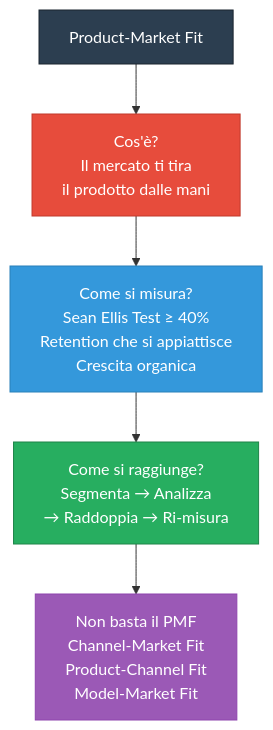
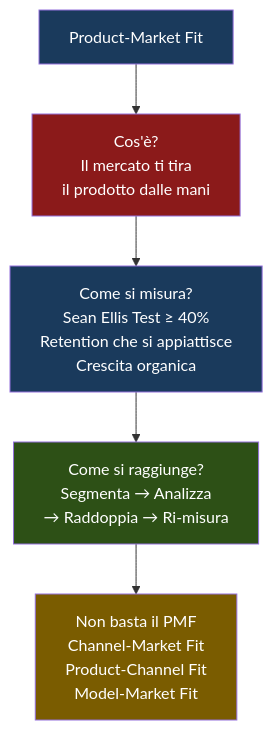
Before and after one commit to AndreyBertasini/gynnitech: the fifth of 5 diagrams in src/content/corso/analisi-prodotto/product-market-fit.mdx, drawn with Mermaid. The commit also changed other lines of this file and 21 other files, not shown here.

First line of the commit message:
style: applica color scheme semantico a tutti i diagrammi Mermaid del corso

````diff
--- a/src/content/corso/analisi-prodotto/product-market-fit.mdx
+++ b/src/content/corso/analisi-prodotto/product-market-fit.mdx
@@ -230,12 +243,12 @@
 ```mermaid
 graph TD
     START["Product-Market Fit"] --> WHAT["Cos'è?\nIl mercato ti tira\nil prodotto dalle mani"]
     WHAT --> MEASURE["Come si misura?\nSean Ellis Test ≥ 40%\nRetention che si appiattisce\nCrescita organica"]
     MEASURE --> PROCESS["Come si raggiunge?\nSegmenta → Analizza\n→ Raddoppia → Ri-misura"]
     PROCESS --> BEYOND["Non basta il PMF\nChannel-Market Fit\nProduct-Channel Fit\nModel-Market Fit"]
-    style START fill:#2c3e50,stroke:#1a252f,color:#fff
-    style WHAT fill:#e74c3c,stroke:#c0392b,color:#fff
-    style MEASURE fill:#3498db,stroke:#2980b9,color:#fff
-    style PROCESS fill:#27ae60,stroke:#1e8449,color:#fff
-    style BEYOND fill:#9b59b6,stroke:#8e44ad,color:#fff
+    style START fill:#1a3a5c,color:#ffffff
+    style WHAT fill:#8b1a1a,color:#ffffff
+    style MEASURE fill:#1a3a5c,color:#ffffff
+    style PROCESS fill:#2d5016,color:#ffffff
+    style BEYOND fill:#7a5c00,color:#ffffff
 ```
````
